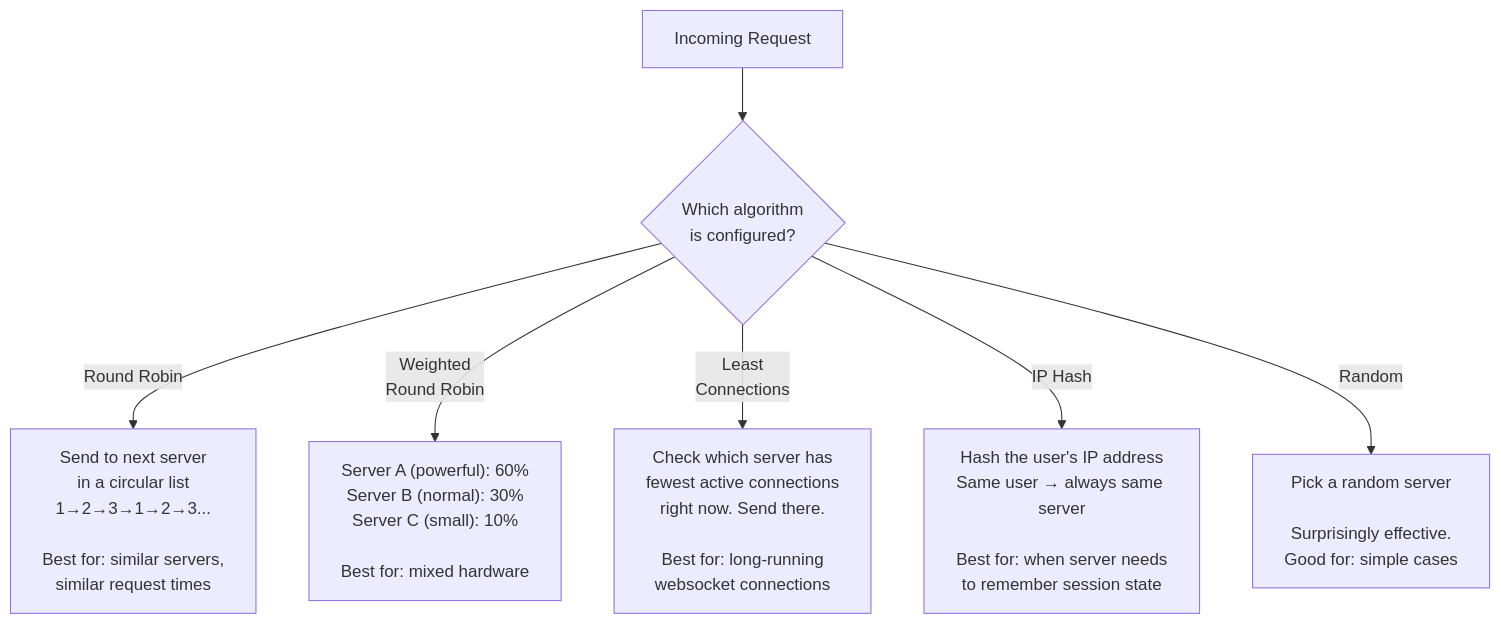
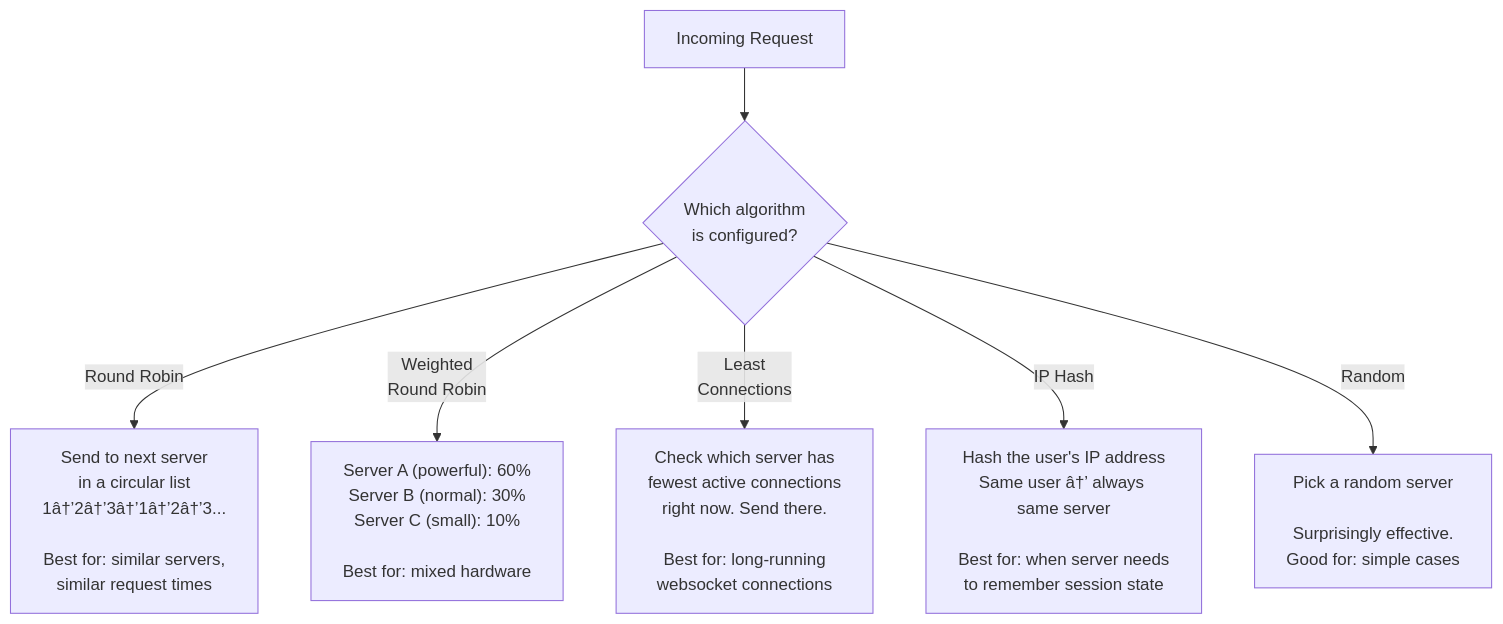
Before and after one commit to vishalsehgalvs/High_Level_Design: the sixth of 29 diagrams in README.md, drawn with Mermaid. The commit also changed other lines of this file, not shown here.

Commit message:
Added notes on single server setup, API design and API protocols

````diff
--- a/README.md
+++ b/README.md
@@ -799,17 +802,17 @@
 ```mermaid
 flowchart TD
     T["Incoming Request"]
     ALG{"Which algorithm\nis configured?"}
 
     T --> ALG
 
-    ALG -->|"Round Robin"| RR["Send to next server\nin a circular list\n1→2→3→1→2→3...\n\nBest for: similar servers,\nsimilar request times"]
+    ALG -->|"Round Robin"| RR["Send to next server\nin a circular list\n1â†’2â†’3â†’1â†’2â†’3...\n\nBest for: similar servers,\nsimilar request times"]
 
     ALG -->|"Weighted\nRound Robin"| WRR["Server A (powerful): 60%\nServer B (normal):  30%\nServer C (small):   10%\n\nBest for: mixed hardware"]
 
     ALG -->|"Least\nConnections"| LC["Check which server has\nfewest active connections\nright now. Send there.\n\nBest for: long-running\nwebsocket connections"]
 
-    ALG -->|"IP Hash"| IPH["Hash the user's IP address\nSame user → always same server\n\nBest for: when server needs\nto remember session state"]
+    ALG -->|"IP Hash"| IPH["Hash the user's IP address\nSame user â†’ always same server\n\nBest for: when server needs\nto remember session state"]
 
     ALG -->|"Random"| RAND["Pick a random server\n\nSurprisingly effective.\nGood for: simple cases"]
 ```
````
